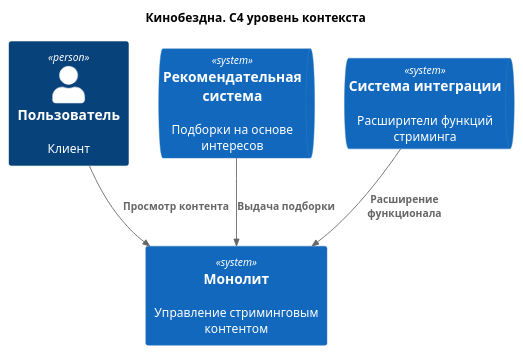
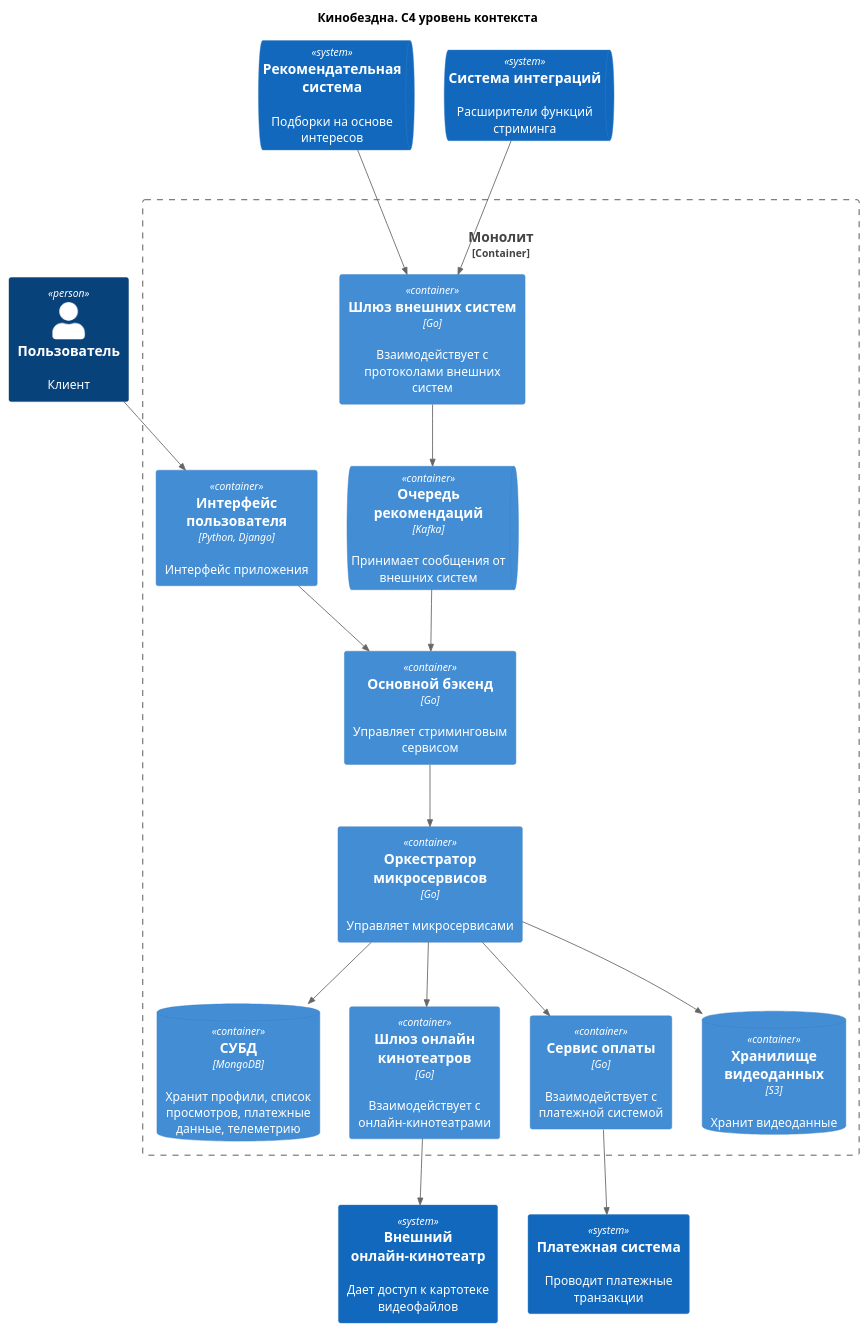
One commit to realjungleman/architecture-cinemaabyss changed the diagram in 1_task/c4_context.puml. Above: the diagram before and after it, drawn with PlantUML. The commit also changed 1 other file, not shown here.

```diff
--- a/1_task/c4_context.puml
+++ b/1_task/c4_context.puml
@@ -1,17 +1,40 @@
 @startuml
 title Кинобездна. С4 уровень контекста
 
 top to bottom direction
 
 !includeurl https://raw.githubusercontent.com/RicardoNiepel/C4-PlantUML/master/C4_Component.puml
 
 Person(user, "Пользователь", "Клиент")
 
-System(MainSystem, "Монолит", "Управление стриминговым контентом")
-SystemQueue(Sensor, "Рекомендательная система", "Подборки на основе интересов")
-SystemQueue(ExternalSystem, "Система интеграции", "Расширители функций стриминга")
+Container_Boundary(MainSystem, "Монолит", "Управление стриминговым сервисом"){
+    Container(Orchestrator, "Оркестратор микросервисов", "Go", "Управляет микросервисами")
+    ContainerDb(Database, "СУБД", "MongoDB", "Хранит профили, список просмотров, платежные данные, телеметрию")
+    ContainerQueue(RecommendationSystemQueue, "Очередь рекомендаций", "Kafka", "Принимает сообщения от внешних систем")
+    Container(ExternalGate, "Шлюз внешних систем", "Go", "Взаимодействует с протоколами внешних систем")
+    Container(OnlineCinemaGate, "Шлюз онлайн кинотеатров", "Go", "Взаимодействует с онлайн-кинотеатрами")
+    Container(MainSystemBack, "Основной бэкенд", "Go", "Управляет стриминговым сервисом")
+    Container(App, "Интерфейс пользователя", "Python, Django", "Интерфейс приложения")
+    Container(PaymentSystemGate, "Сервис оплаты", "Go", "Взаимодействует с платежной системой")
+    ContainerDb(S3, "Хранилище видеоданных", "S3", "Хранит видеоданные")
+}
+SystemQueue(RecommendationSystem, "Рекомендательная система", "Подборки на основе интересов")
+SystemQueue(ExternalSystem, "Система интеграций", "Расширители функций стриминга")
+System(OnlineCinema, "Внешний онлайн-кинотеатр", "Дает доступ к картотеке видеофайлов")
+System(PaymentSystem, "Платежная система", "Проводит платежные транзакции")
 
-Rel(user, MainSystem, "Просмотр контента")
-Rel(Sensor, MainSystem, "Выдача подборки")
-Rel(ExternalSystem, MainSystem, "Расширение функционала")
+Rel(user, App, "")
+Rel(App, MainSystemBack, "")
+Rel(MainSystemBack, Orchestrator, "")
+Rel(Orchestrator, Database, "")
+Rel(Orchestrator, OnlineCinemaGate, "")
+Rel(Orchestrator, PaymentSystemGate, "")
+Rel(Orchestrator, S3, "")
+
+Rel(ExternalGate, RecommendationSystemQueue, "")
+Rel(RecommendationSystemQueue, MainSystemBack, "")
+Rel(RecommendationSystem, ExternalGate, "")
+Rel(ExternalSystem, ExternalGate, "")
+Rel(OnlineCinemaGate, OnlineCinema, "")
+Rel(PaymentSystemGate, PaymentSystem, "")
 @enduml
```
